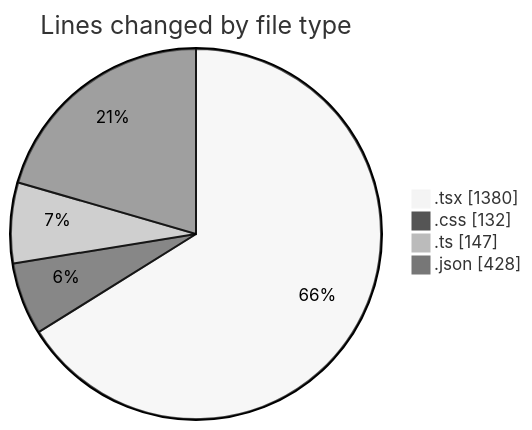
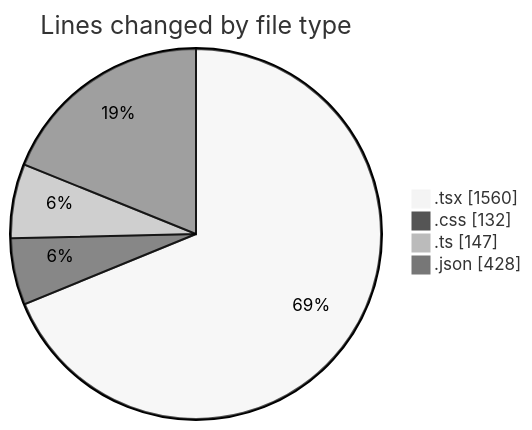
Before and after one commit to Elitesun/code-tracking: the first of 2 diagrams in 2025-05-06/niten/README.md, drawn with Mermaid (neutral theme). The commit also changed other lines of this file and 1 other file, not shown here.

````diff
--- a/2025-05-06/niten/README.md
+++ b/2025-05-06/niten/README.md
@@ -46,8 +48,8 @@
 ```mermaid
 pie showData
 title Lines changed by file type
-".tsx" : 1380
+".tsx" : 1560
 ".css" : 132
 ".ts" : 147
 ".json" : 428
 ```
````
